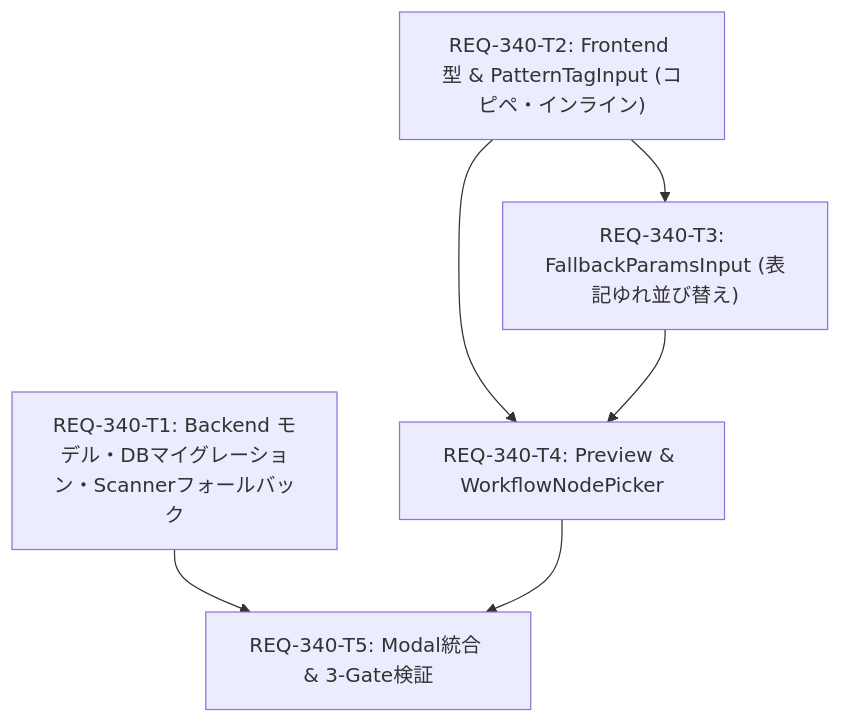
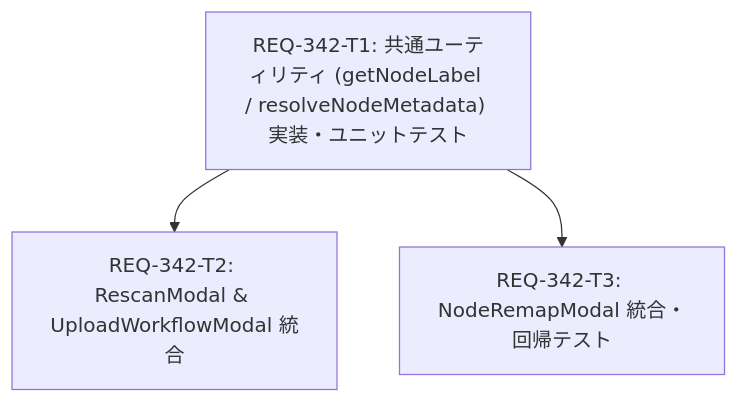
Before and after one commit to TAKE4548/comfy-create-helper2: the diagram in implementation_plan.md, drawn with Mermaid. The commit also changed other lines of this file and 14 other files, not shown here.

````diff
--- a/implementation_plan.md
+++ b/implementation_plan.md
@@ -71,8 +41,5 @@
 ```mermaid
 graph TD
-  REQ-340-T1["REQ-340-T1: Backend モデル・DBマイグレーション・Scannerフォールバック"] --> REQ-340-T5["REQ-340-T5: Modal統合 & 3-Gate検証"]
-  REQ-340-T2["REQ-340-T2: Frontend 型 & PatternTagInput (コピペ・インライン)"] --> REQ-340-T3["REQ-340-T3: FallbackParamsInput (表記ゆれ並び替え)"]
-  REQ-340-T2 --> REQ-340-T4["REQ-340-T4: Preview & WorkflowNodePicker"]
-  REQ-340-T3 --> REQ-340-T4
-  REQ-340-T4 --> REQ-340-T5
+  REQ-342-T1["REQ-342-T1: 共通ユーティリティ (getNodeLabel / resolveNodeMetadata) 実装・ユニットテスト"] --> REQ-342-T2["REQ-342-T2: RescanModal & UploadWorkflowModal 統合"]
+  REQ-342-T1 --> REQ-342-T3["REQ-342-T3: NodeRemapModal 統合・回帰テスト"]
 ```
````
